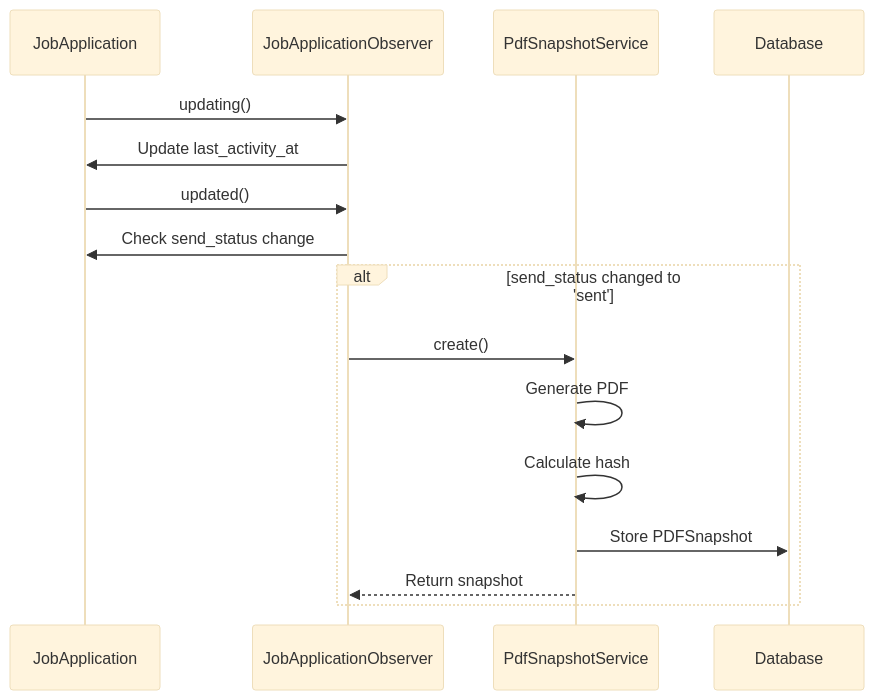
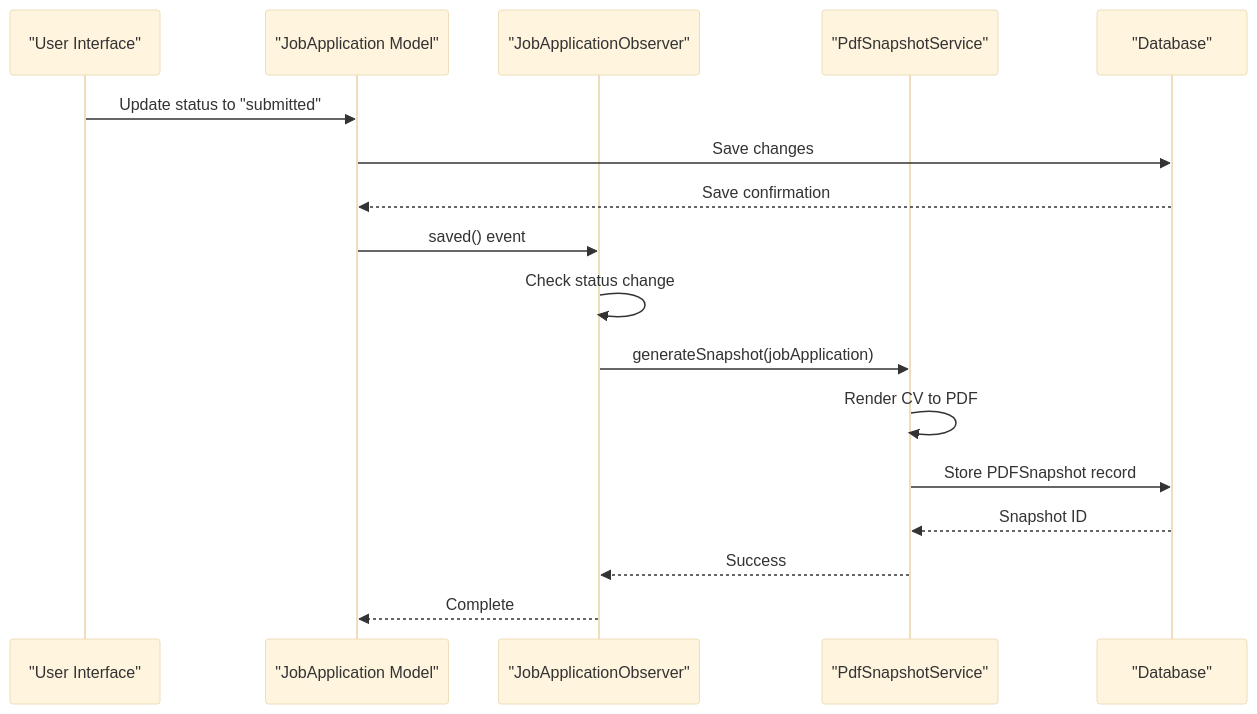
The third of 3 diagrams in .qoder/repowiki/en/content/Job Application Tracking/Job Application Tracking.md (withoutfanfare/cv-builder), drawn with Mermaid (base theme) before and after one commit. The commit also changed other lines of this file and 128 other files, not shown here.

````diff
--- a/.qoder/repowiki/en/content/Job Application Tracking/Job Application Tracking.md
+++ b/.qoder/repowiki/en/content/Job Application Tracking/Job Application Tracking.md
@@ -152,18 +149,19 @@
 ```mermaid
 sequenceDiagram
-participant Model as JobApplication
-participant Observer as JobApplicationObserver
-participant Service as PdfSnapshotService
-participant DB as Database
-Model->>Observer : updating()
-Observer->>Model : Update last_activity_at
-Model->>Observer : updated()
-Observer->>Model : Check send_status change
-alt send_status changed to 'sent'
-Observer->>Service : create()
-Service->>Service : Generate PDF
-Service->>Service : Calculate hash
-Service->>DB : Store PDFSnapshot
-Service-->>Observer : Return snapshot
-end
+participant UI as "User Interface"
+participant Model as "JobApplication Model"
+participant Observer as "JobApplicationObserver"
+participant Service as "PdfSnapshotService"
+participant DB as "Database"
+UI->>Model : Update status to "submitted"
+Model->>DB : Save changes
+DB-->>Model : Save confirmation
+Model->>Observer : saved() event
+Observer->>Observer : Check status change
+Observer->>Service : generateSnapshot(jobApplication)
+Service->>Service : Render CV to PDF
+Service->>DB : Store PDFSnapshot record
+DB-->>Service : Snapshot ID
+Service-->>Observer : Success
+Observer-->>Model : Complete
 ```
````
